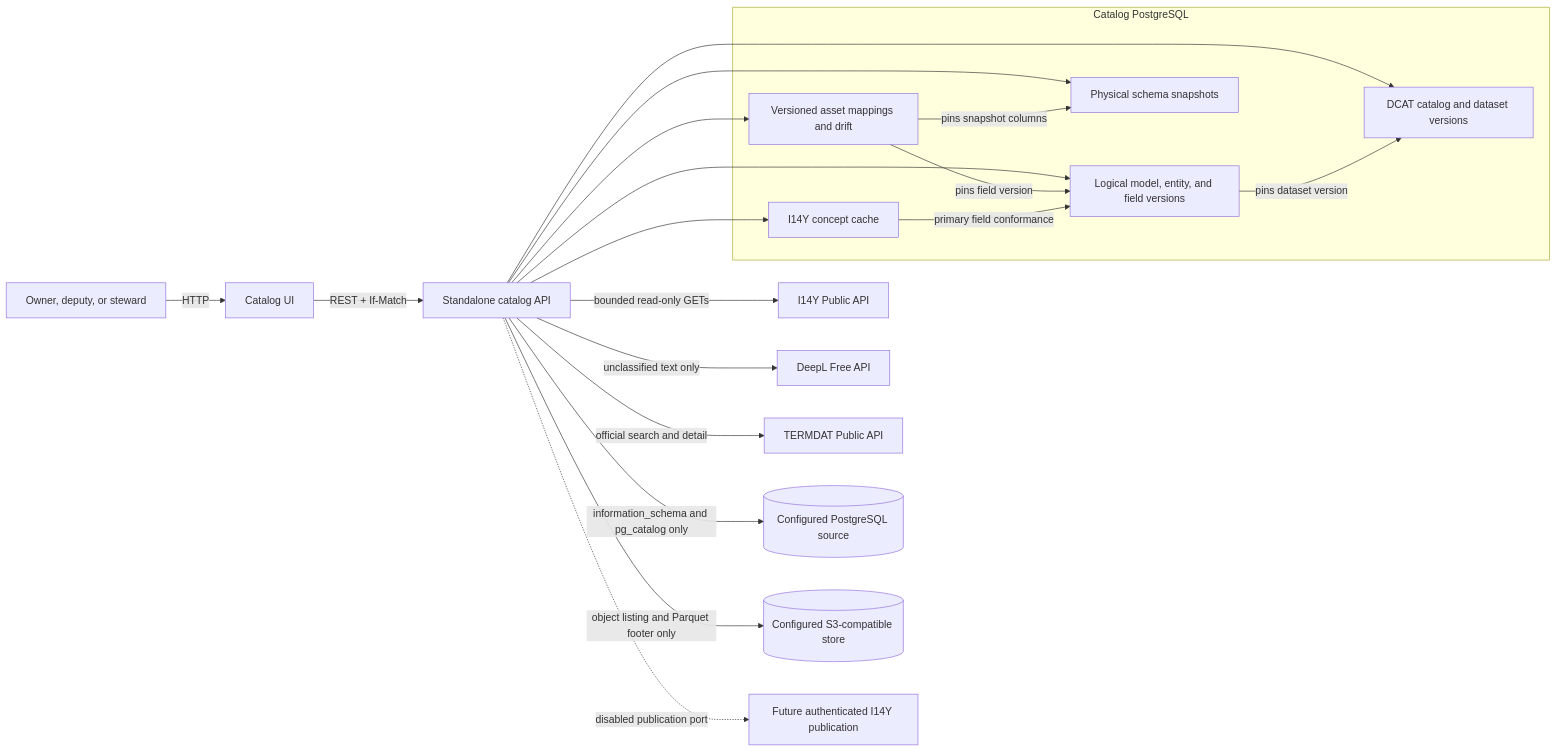
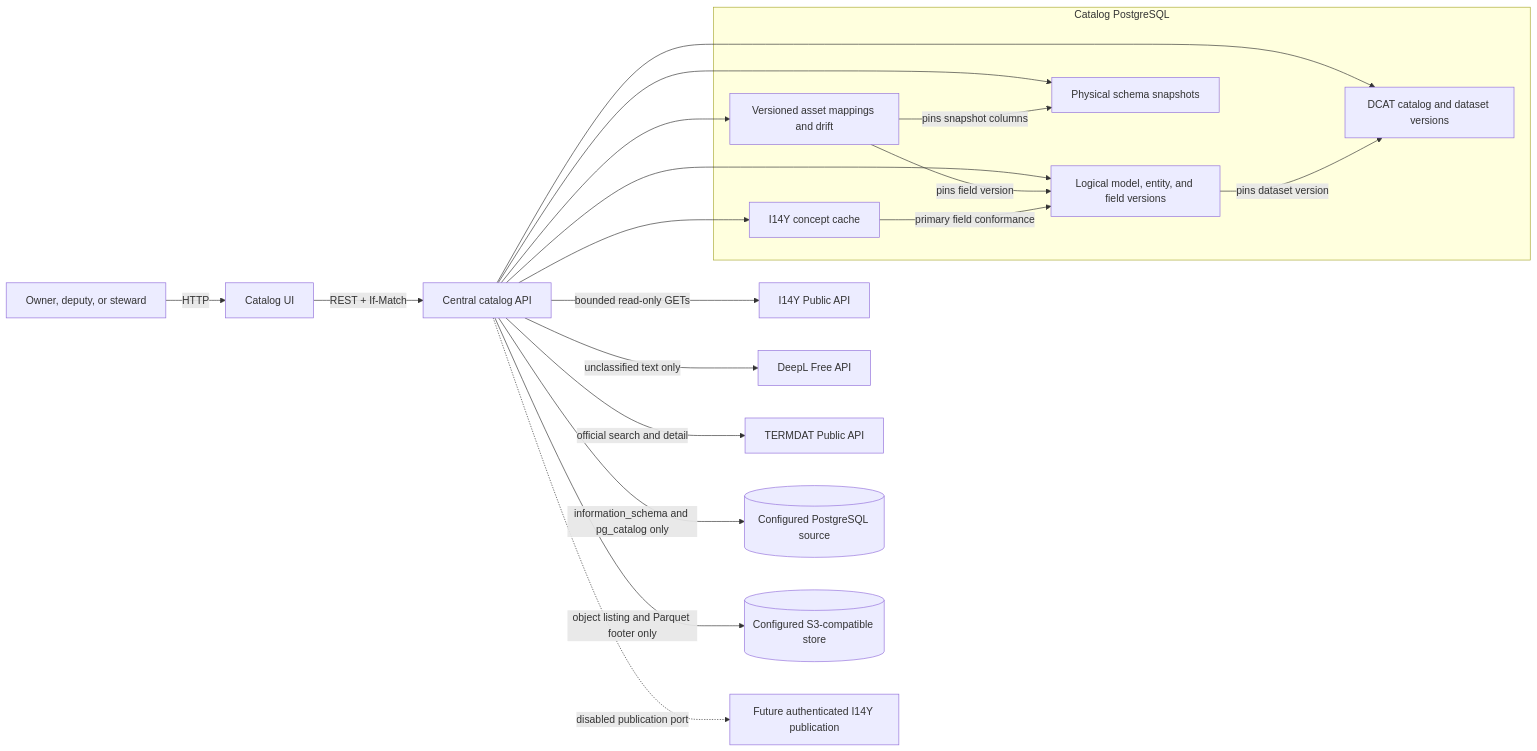
Before and after one commit to svabra/tib-daca-poc: the first of 2 diagrams in docs/logical-models-i14y-mapping.md, drawn with Mermaid. The commit also changed other lines of this file and 168 other files, not shown here.

````diff
--- a/docs/logical-models-i14y-mapping.md
+++ b/docs/logical-models-i14y-mapping.md
@@ -9,30 +14,30 @@
 ```mermaid
 flowchart LR
   Person[Owner, deputy, or steward] -->|HTTP| UI[Catalog UI]
-  UI -->|REST + If-Match| API[Standalone catalog API]
+  UI -->|REST + If-Match| API[Central catalog API]
 
   subgraph CatalogDB[Catalog PostgreSQL]
     DCAT[DCAT catalog and dataset versions]
     SHACL[Logical model, entity, and field versions]
     PHYS[Physical schema snapshots]
     MAP[Versioned asset mappings and drift]
     CACHE[I14Y concept cache]
   end
 
   API --> DCAT
   API --> SHACL
   API --> PHYS
   API --> MAP
   API --> CACHE
   SHACL -->|pins dataset version| DCAT
   MAP -->|pins field version| SHACL
   MAP -->|pins snapshot columns| PHYS
   CACHE -->|primary field conformance| SHACL
 
   API -->|bounded read-only GETs| I14Y[I14Y Public API]
   API -->|unclassified text only| DeepL[DeepL Free API]
   API -->|official search and detail| TERMDAT[TERMDAT Public API]
   API -->|information_schema and pg_catalog only| PG[(Configured PostgreSQL source)]
   API -->|object listing and Parquet footer only| S3[(Configured S3-compatible store)]
   API -. disabled publication port .-> I14YWrite[Future authenticated I14Y publication]
 ```
````
